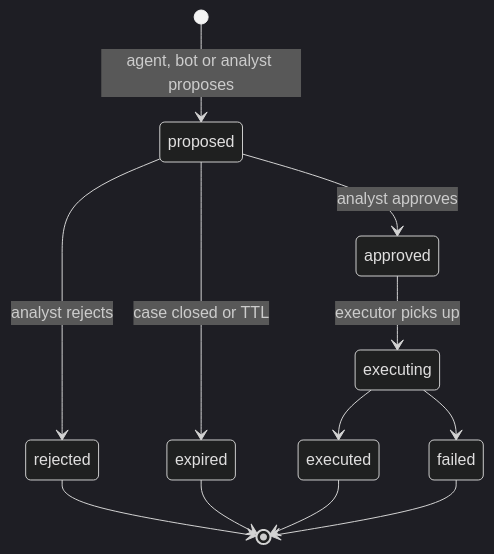
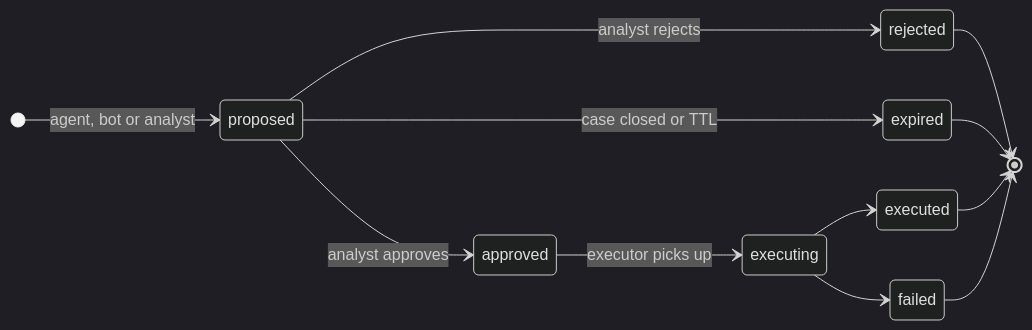
One commit to vihag/agentic-triage changed the second of 2 diagrams in docs/uml/state-machine.md. Above: the diagram before and after it, drawn with Mermaid (dark theme). The commit also changed other lines of this file and 11 other files, not shown here.

Commit message:
docs(uml): separate J1 (alert ingestion) and J2 (analyst-assisted) journeys and sequences; tidy state machines and ER

````diff
--- a/docs/uml/state-machine.md
+++ b/docs/uml/state-machine.md
@@ -45,14 +45,16 @@
 ```mermaid
+%% name: uml-state-machine-action
 stateDiagram-v2
-  [*] --> proposed: agent, bot or analyst proposes
+  direction LR
+  [*] --> proposed: agent, bot or analyst
   proposed --> approved: analyst approves
   proposed --> rejected: analyst rejects
   proposed --> expired: case closed or TTL
   approved --> executing: executor picks up
   executing --> executed
   executing --> failed
   rejected --> [*]
   expired --> [*]
   executed --> [*]
   failed --> [*]
 ```
````
